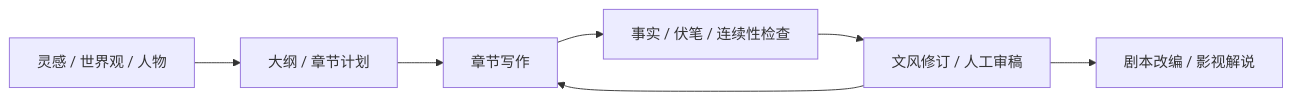
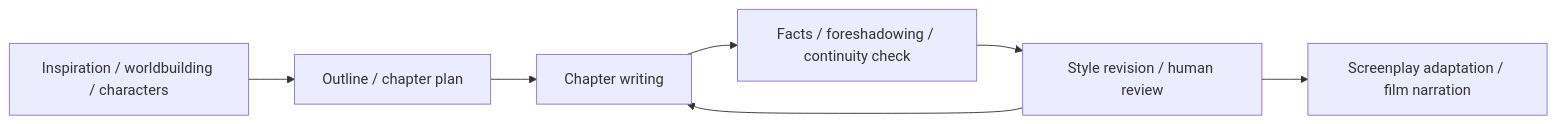
Before and after one commit to ZanePoe/awesome_novel_writing: the diagram in README.md, drawn with Mermaid. The commit also changed other lines of this file and 55 other files, not shown here.

````diff
--- a/README.md
+++ b/README.md
@@ -11,9 +13,9 @@
 ```mermaid
 flowchart LR
-    A[灵感 / 世界观 / 人物] --> B[大纲 / 章节计划]
-    B --> C[章节写作]
-    C --> D[事实 / 伏笔 / 连续性检查]
-    D --> E[文风修订 / 人工审稿]
+    A[Inspiration / worldbuilding / characters] --> B[Outline / chapter plan]
+    B --> C[Chapter writing]
+    C --> D[Facts / foreshadowing / continuity check]
+    D --> E[Style revision / human review]
     E --> C
-    E --> F[剧本改编 / 影视解说]
+    E --> F[Screenplay adaptation / film narration]
 ```
````
